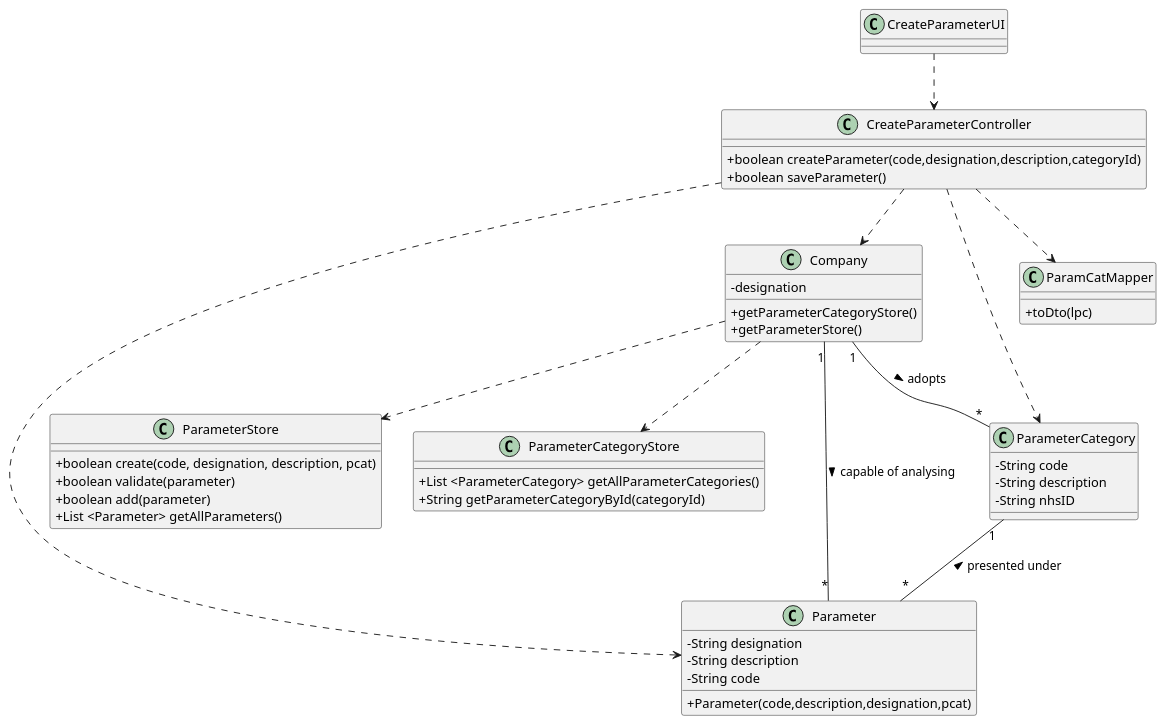
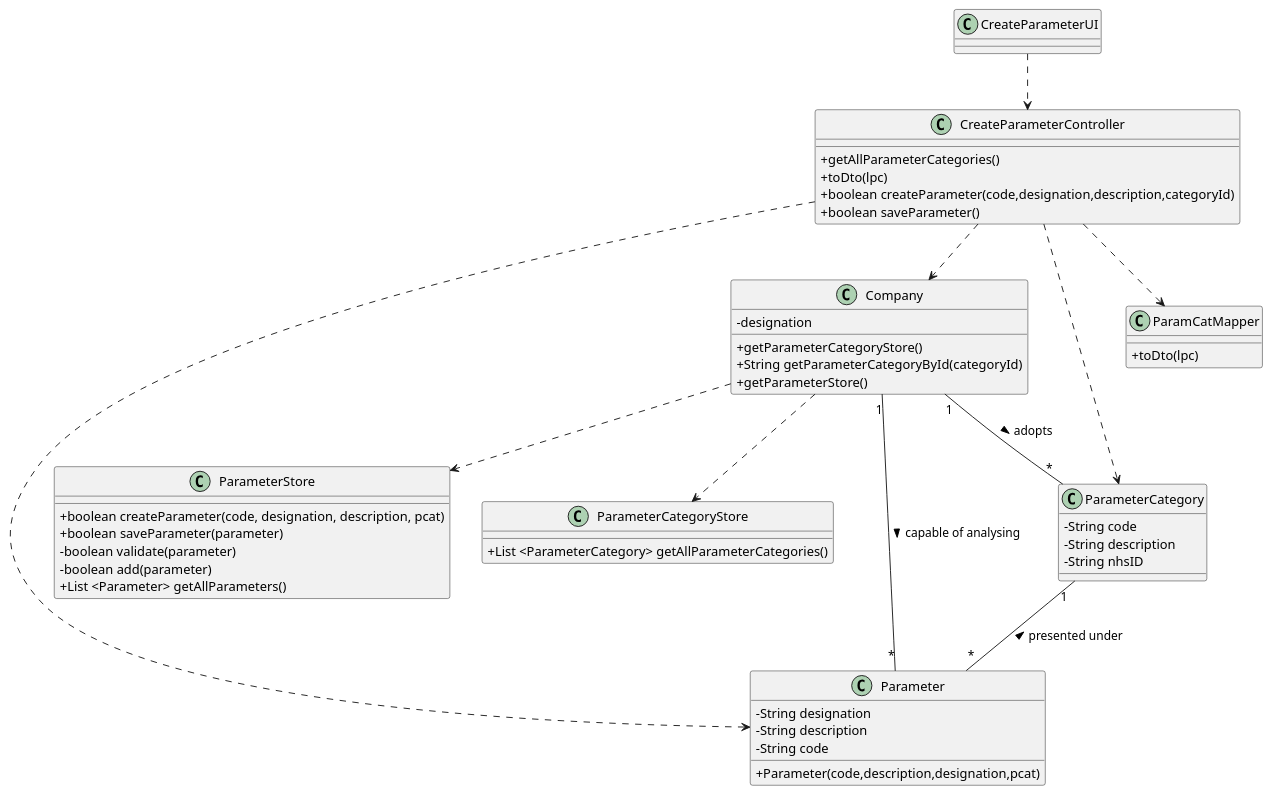
One commit to 0franciscor/lei-21-s2-1de-g19 changed the diagram in docs/SprintB/US10/US10-CD.puml. Above: the diagram before and after it, drawn with PlantUML. The commit also changed 1 other file, not shown here.

```diff
--- a/docs/SprintB/US10/US10-CD.puml
+++ b/docs/SprintB/US10/US10-CD.puml
@@ -1,66 +1,69 @@
 @startuml
 skinparam classAttributeIconSize 0
 
 
 class ParameterStore{
-  +boolean create(code, designation, description, pcat)
-  +boolean validate(parameter)
-  +boolean add(parameter)
+  +boolean createParameter(code, designation, description, pcat)
+  +boolean saveParameter(parameter)
+  -boolean validate(parameter)
+  -boolean add(parameter)
   +List <Parameter> getAllParameters()
 }
 
 class ParameterCategoryStore{
   +List <ParameterCategory> getAllParameterCategories()
-  +String getParameterCategoryById(categoryId)
 }
 
 
 class Parameter {
   - String designation
   - String description
   - String code
   +Parameter(code,description,designation,pcat)
 }
 
 class Company {
   -designation
   +getParameterCategoryStore()
+  +String getParameterCategoryById(categoryId)
   +getParameterStore()
 }
 
 class ParameterCategory {
   -String code
   -String description
   -String nhsID
 }
 
 
 
 class ParamCatMapper{
   +toDto(lpc)
 }
 
 
 class CreateParameterController {
+  +getAllParameterCategories()
+  +toDto(lpc)
   +boolean createParameter(code,designation,description,categoryId)
   +boolean saveParameter()
 }
 
 class CreateParameterUI {
 }
 
 CreateParameterUI ..> CreateParameterController
 CreateParameterController ..> ParameterCategory
 CreateParameterController ..> ParamCatMapper
 CreateParameterController ..> Parameter
 CreateParameterController ..> Company
 Company ..> ParameterStore
 Company ..> ParameterCategoryStore
 
 Company "1" -- "*" Parameter : > capable of analysing
 Company "1" -- "*" ParameterCategory : > adopts
 ParameterCategory "1" -- "*" Parameter : < presented under
 
 
 
 @enduml
```
